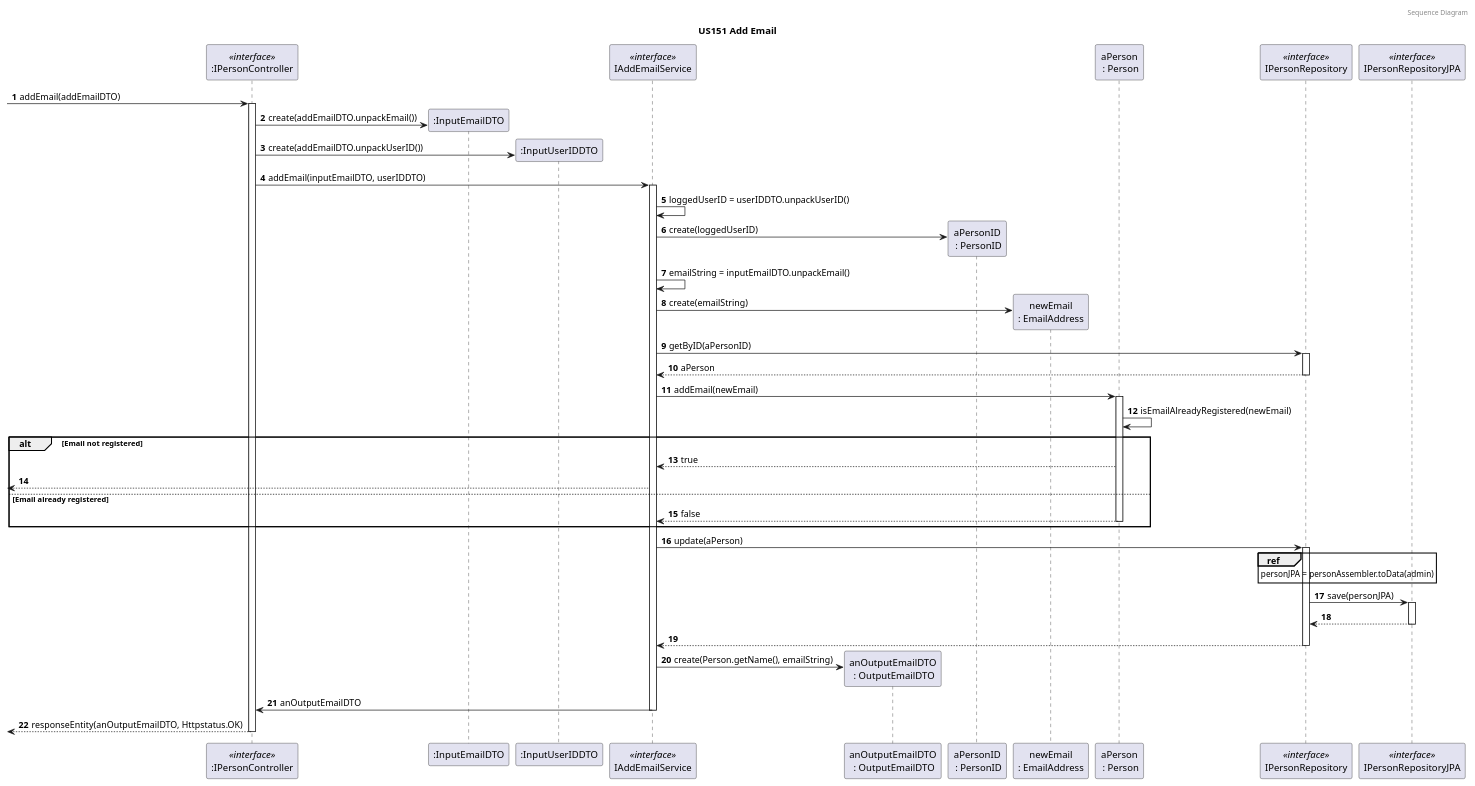
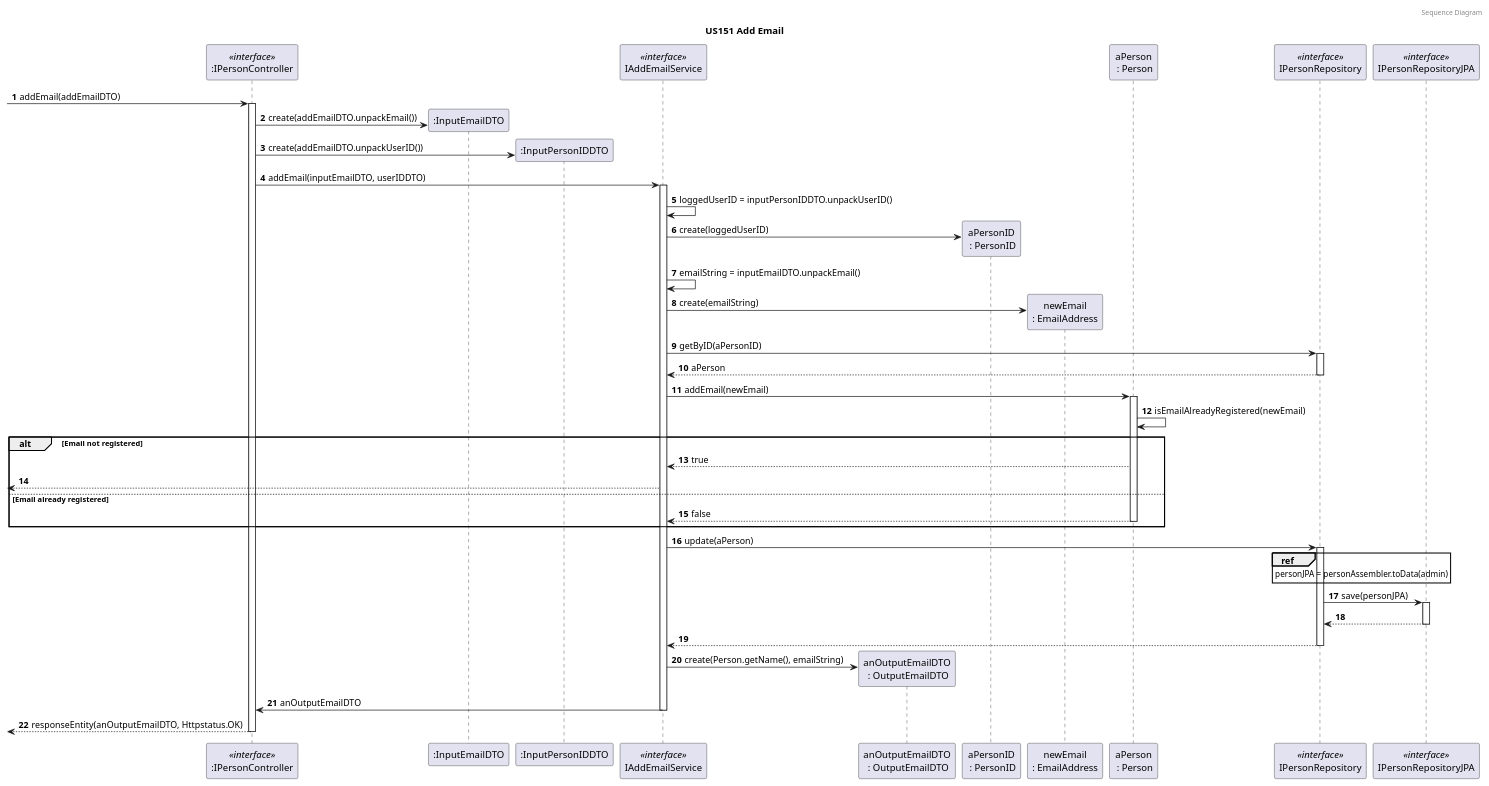
One commit to tomas-osswald/switch_2020_g3 changed the fourth of 4 diagrams in docs/sprint5/user_stories/US151_AddEmail.md. Above: the diagram before and after it, drawn with PlantUML. The commit also changed 1 other file, not shown here.

Commit message:
REFACTOR InputUserIDDTO to reflect it's a PersonIDDTO

`````diff
--- a/docs/sprint5/user_stories/US151_AddEmail.md
+++ b/docs/sprint5/user_stories/US151_AddEmail.md
@@ -207,76 +207,76 @@
 ````puml
 @startuml
 
 autonumber
 header Sequence Diagram
 title US151 Add Email
 
 participant ":IPersonController" as controller <<interface>>
 participant ":InputEmailDTO" as inputemail
-participant ":InputUserIDDTO" as userdto
+participant ":InputPersonIDDTO" as userdto
 
 participant "IAddEmailService" as service <<interface>>
 
 participant "anOutputEmailDTO\n : OutputEmailDTO" as output
 
 participant "aPersonID\n : PersonID" as personid
 participant "newEmail\n: EmailAddress" as email
 participant "aPerson\n : Person" as person
 participant "IPersonRepository" as personRepository <<interface>>
 participant "IPersonRepositoryJPA" as repoJPA <<interface>>
 
 -> controller : addEmail(addEmailDTO)
 activate controller
 controller -> inputemail** : create(addEmailDTO.unpackEmail())
 controller -> userdto** : create(addEmailDTO.unpackUserID())
 controller -> service : addEmail(inputEmailDTO, userIDDTO)
 activate service
 
-service -> service : loggedUserID = userIDDTO.unpackUserID()
+service -> service : loggedUserID = inputPersonIDDTO.unpackUserID()
 service -> personid** : create(loggedUserID)
 
 service -> service : emailString = inputEmailDTO.unpackEmail()
 service -> email** : create(emailString)
 
 
 service -> personRepository : getByID(aPersonID)
 deactivate email
 activate personRepository
 return aPerson
 
 service -> person: addEmail(newEmail)
 activate person
 person -> person: isEmailAlreadyRegistered(newEmail)
 
 alt Email not registered
 
 person --> service: true
 <-- service:
 
 else Email already registered
 
 person --> service: false
 deactivate person
 
 end
 
 service -> personRepository : update(aPerson)
 activate personRepository
 
 ref over personRepository
 personJPA = personAssembler.toData(admin)
 end ref
 personRepository -> repoJPA : save(personJPA)
 activate repoJPA
 return
 return
 
 service -> output** : create(Person.getName(), emailString)
 service -> controller : anOutputEmailDTO
 deactivate service
 
 <-- controller : responseEntity(anOutputEmailDTO, Httpstatus.OK)
 deactivate controller
 
 @enduml
 ````
`````
